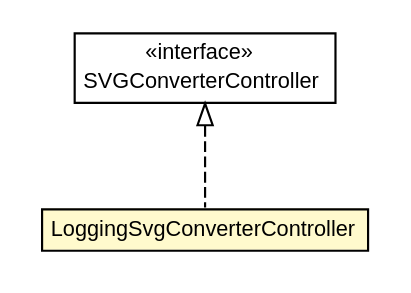
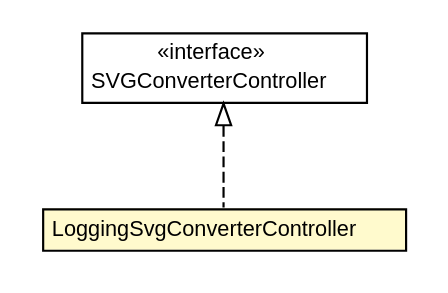
One commit to trajano/batik-maven-plugin changed the diagram in apidocs/net/trajano/mojo/batik/internal/LoggingSvgConverterController.dot. Above: the diagram before and after it, drawn with Graphviz. The commit also changed 146 other files, not shown here.

```diff
--- a/apidocs/net/trajano/mojo/batik/internal/LoggingSvgConverterController.dot
+++ b/apidocs/net/trajano/mojo/batik/internal/LoggingSvgConverterController.dot
@@ -1,27 +1,27 @@
 #!/usr/local/bin/dot
 #
 # Class diagram 
 # Generated by UMLGraph version R5_6-24-gf6e263 (http://www.umlgraph.org/)
 #
 
 digraph G {
-	edge [fontname="arial",fontsize=10,labelfontname="arial",labelfontsize=10];
-	node [fontname="arial",fontsize=10,shape=plaintext];
+	edge [fontname="Helvetica",fontsize=10,labelfontname="Helvetica",labelfontsize=10];
+	node [fontname="Helvetica",fontsize=10,shape=plaintext];
 	nodesep=0.25;
 	ranksep=0.5;
 	// net.trajano.mojo.batik.internal.LoggingSvgConverterController
 	c36 [label=<<table title="net.trajano.mojo.batik.internal.LoggingSvgConverterController" border="0" cellborder="1" cellspacing="0" cellpadding="2" port="p" bgcolor="lemonChiffon" href="./LoggingSvgConverterController.html">
 		<tr><td><table border="0" cellspacing="0" cellpadding="1">
 <tr><td align="center" balign="center"> LoggingSvgConverterController </td></tr>
 		</table></td></tr>
-		</table>>, URL="./LoggingSvgConverterController.html", fontname="arial", fontcolor="black", fontsize=10.0];
+		</table>>, URL="./LoggingSvgConverterController.html", fontname="Helvetica", fontcolor="black", fontsize=10.0];
 	//net.trajano.mojo.batik.internal.LoggingSvgConverterController implements org.apache.batik.apps.rasterizer.SVGConverterController
 	c37:p -> c36:p [dir=back,arrowtail=empty,style=dashed];
 	// org.apache.batik.apps.rasterizer.SVGConverterController
 	c37 [label=<<table title="org.apache.batik.apps.rasterizer.SVGConverterController" border="0" cellborder="1" cellspacing="0" cellpadding="2" port="p" href="http://java.sun.com/j2se/1.4.2/docs/api/org/apache/batik/apps/rasterizer/SVGConverterController.html">
 		<tr><td><table border="0" cellspacing="0" cellpadding="1">
 <tr><td align="center" balign="center"> &#171;interface&#187; </td></tr>
 <tr><td align="center" balign="center"> SVGConverterController </td></tr>
 		</table></td></tr>
-		</table>>, URL="http://java.sun.com/j2se/1.4.2/docs/api/org/apache/batik/apps/rasterizer/SVGConverterController.html", fontname="arial", fontcolor="black", fontsize=10.0];
+		</table>>, URL="http://java.sun.com/j2se/1.4.2/docs/api/org/apache/batik/apps/rasterizer/SVGConverterController.html", fontname="Helvetica", fontcolor="black", fontsize=10.0];
 }
```
